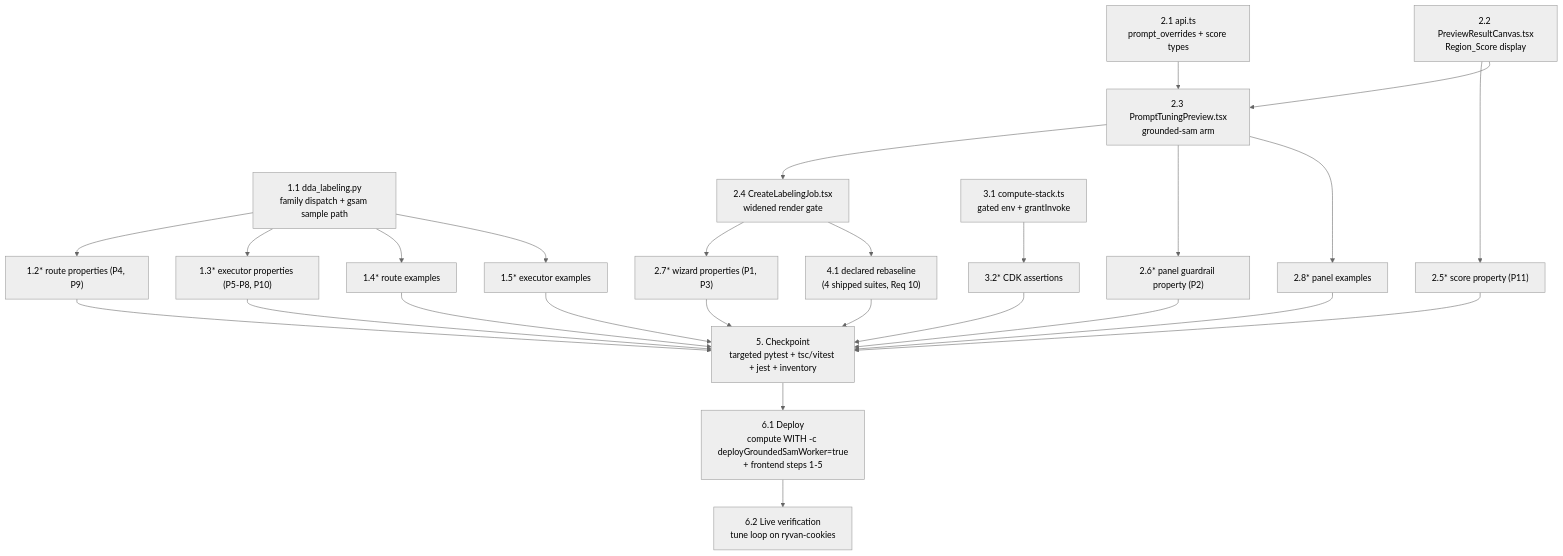
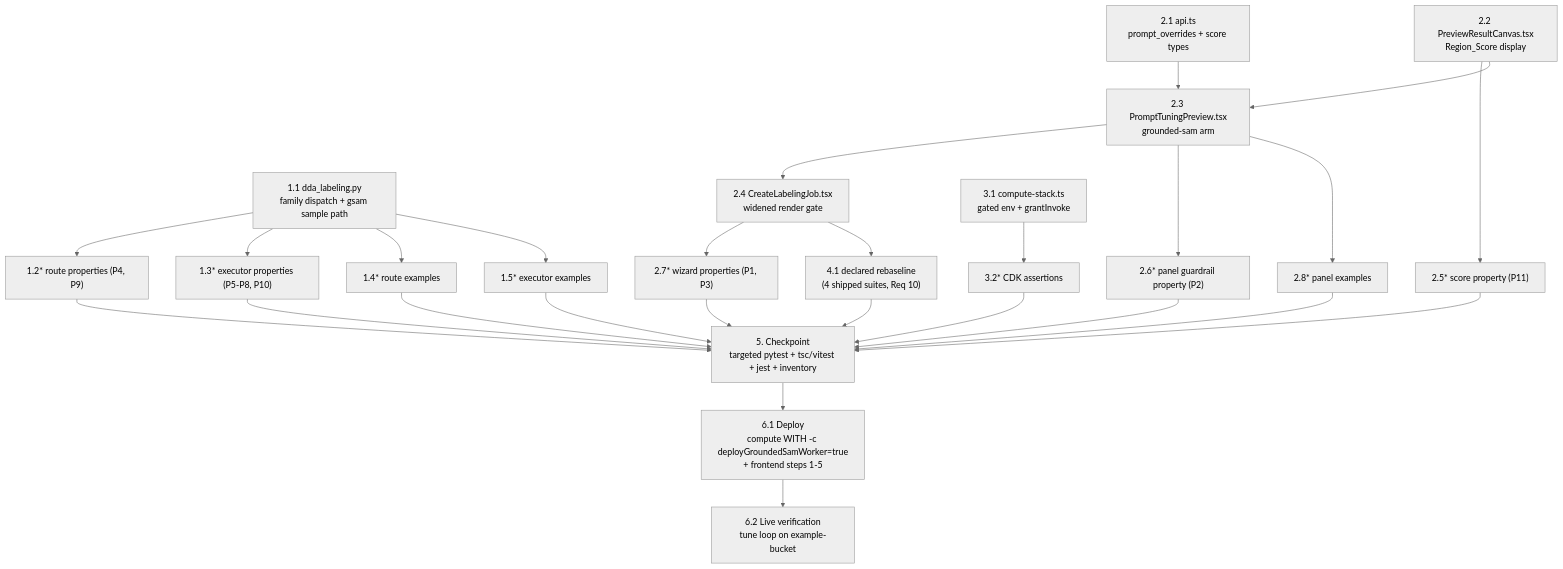
The diagram in .kiro/specs/grounded-sam-prompt-tuning-preview/tasks.md (awslabs/DefectDetectionApplication), drawn with Mermaid (neutral theme) before and after one commit. The commit also changed other lines of this file and 97 other files, not shown here.

````diff
--- a/.kiro/specs/grounded-sam-prompt-tuning-preview/tasks.md
+++ b/.kiro/specs/grounded-sam-prompt-tuning-preview/tasks.md
@@ -24,28 +24,28 @@
 ```mermaid
 flowchart TD
     T11["1.1 dda_labeling.py<br/>family dispatch + gsam sample path"] --> T12["1.2* route properties (P4, P9)"]
     T11 --> T13["1.3* executor properties (P5-P8, P10)"]
     T11 --> T14["1.4* route examples"]
     T11 --> T15["1.5* executor examples"]
     T21["2.1 api.ts<br/>prompt_overrides + score types"] --> T23["2.3 PromptTuningPreview.tsx<br/>grounded-sam arm"]
     T22["2.2 PreviewResultCanvas.tsx<br/>Region_Score display"] --> T25["2.5* score property (P11)"]
     T22 --> T23
     T23 --> T24["2.4 CreateLabelingJob.tsx<br/>widened render gate"]
     T23 --> T26["2.6* panel guardrail property (P2)"]
     T23 --> T28["2.8* panel examples"]
     T24 --> T27["2.7* wizard properties (P1, P3)"]
     T24 --> T41["4.1 declared rebaseline<br/>(4 shipped suites, Req 10)"]
     T31["3.1 compute-stack.ts<br/>gated env + grantInvoke"] --> T32["3.2* CDK assertions"]
     T12 --> T5["5. Checkpoint<br/>targeted pytest + tsc/vitest + jest + inventory"]
     T13 --> T5
     T14 --> T5
     T15 --> T5
     T25 --> T5
     T26 --> T5
     T27 --> T5
     T28 --> T5
     T32 --> T5
     T41 --> T5
     T5 --> T61["6.1 Deploy<br/>compute WITH -c deployGroundedSamWorker=true<br/>+ frontend steps 1-5"]
-    T61 --> T62["6.2 Live verification<br/>tune loop on ryvan-cookies"]
+    T61 --> T62["6.2 Live verification<br/>tune loop on example-bucket"]
 ```
````
